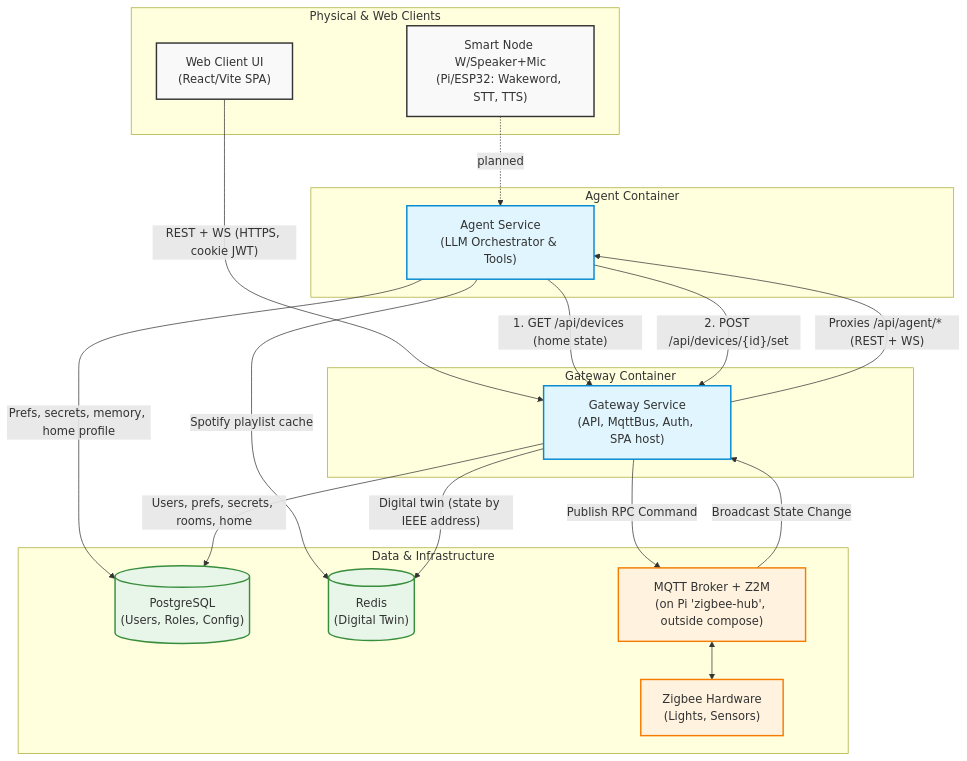
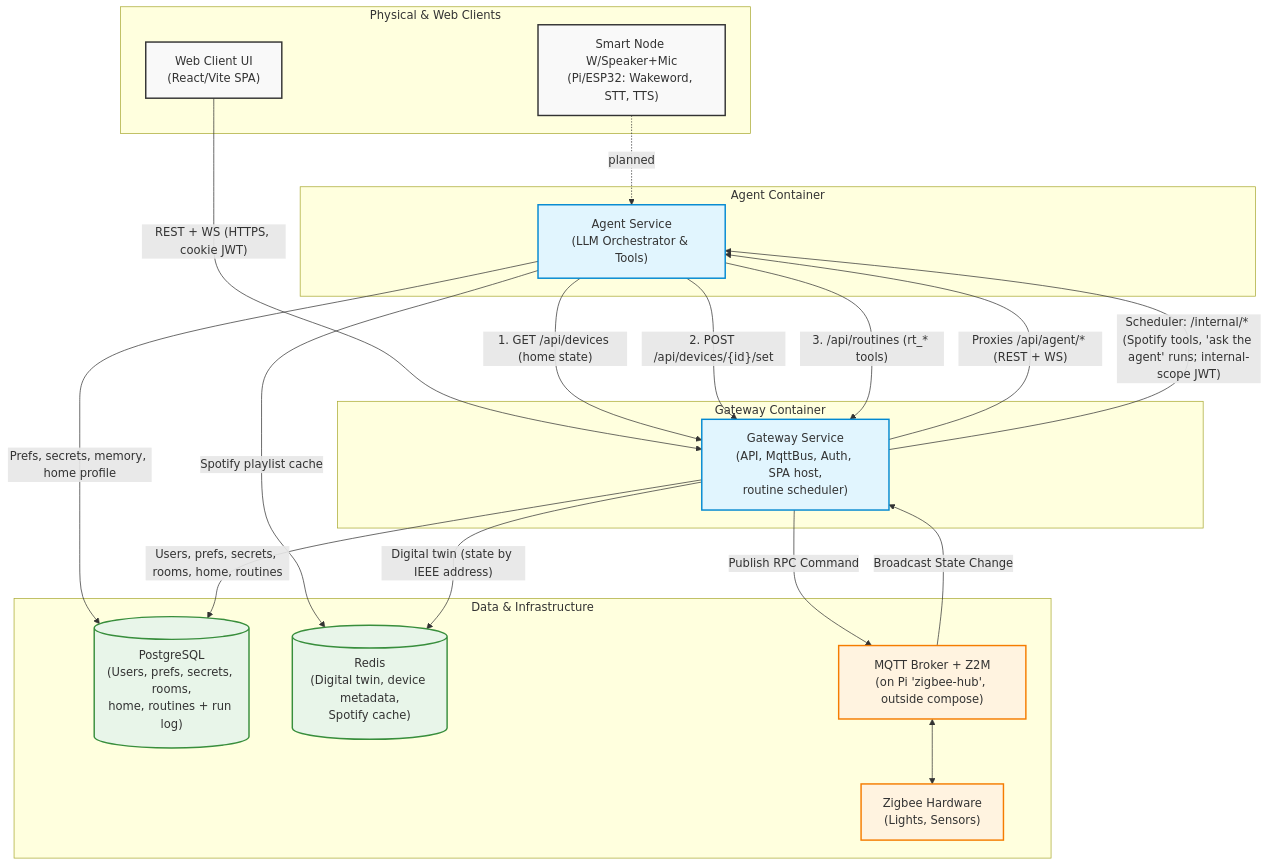
One commit to Aidanwa/smart-home-os changed the diagram in docs/architecture.md. Above: the diagram before and after it, drawn with Mermaid. The commit also changed 15 other files, not shown here.

First line of the commit message:
Docs: fold the routines design into CLAUDE.md, update roadmap/Pi/architecture/running notes, remove obsolete docs

````diff
--- a/docs/architecture.md
+++ b/docs/architecture.md
@@ -2,57 +2,59 @@
 ```mermaid
 flowchart TD
     %% Edge and UI
     subgraph Clients["Physical & Web Clients"]
         Edge["Smart Node W/Speaker+Mic<br/>(Pi/ESP32: Wakeword, STT, TTS)"]
         UI["Web Client UI<br/>(React/Vite SPA)"]
     end
 
     %% Agent Service
     subgraph AgentContainer["Agent Container"]
         Agent["Agent Service<br/>(LLM Orchestrator & Tools)"]
     end
 
     %% Gateway Service
     subgraph GatewayContainer["Gateway Container"]
-        Gateway["Gateway Service<br/>(API, MqttBus, Auth, SPA host)"]
+        Gateway["Gateway Service<br/>(API, MqttBus, Auth, SPA host,<br/>routine scheduler)"]
     end
 
     %% Data & Infra
     subgraph Infrastructure["Data & Infrastructure"]
-        Postgres[("PostgreSQL<br/>(Users, Roles, Config)")]
-        Redis[("Redis<br/>(Digital Twin)")]
+        Postgres[("PostgreSQL<br/>(Users, prefs, secrets, rooms,<br/>home, routines + run log)")]
+        Redis[("Redis<br/>(Digital twin, device metadata,<br/>Spotify cache)")]
         MQTT["MQTT Broker + Z2M<br/>(on Pi 'zigbee-hub', outside compose)"]
         Hardware["Zigbee Hardware<br/>(Lights, Sensors)"]
     end
 
     %% Flow: Edge/UI to Agent (edge node is planned, not built yet)
     Edge -. "planned" .-> Agent
     UI -- "REST + WS (HTTPS, cookie JWT)" --> Gateway
     Gateway -- "Proxies /api/agent/* (REST + WS)" --> Agent
+    Gateway -- "Scheduler: /internal/* (Spotify tools, 'ask the agent' runs; internal-scope JWT)" --> Agent
 
     %% Flow: Agent to Gateway (agent mints a short-lived JWT for the user)
     Agent -- "1. GET /api/devices (home state)" --> Gateway
     Agent -- "2. POST /api/devices/{id}/set" --> Gateway
+    Agent -- "3. /api/routines (rt_* tools)" --> Gateway
     Agent -- "Prefs, secrets, memory, home profile" --> Postgres
     Agent -- "Spotify playlist cache" --> Redis
 
     %% Flow: Gateway to Data
-    Gateway -- "Users, prefs, secrets, rooms, home" --> Postgres
+    Gateway -- "Users, prefs, secrets, rooms, home, routines" --> Postgres
     Gateway -- "Digital twin (state by IEEE address)" --> Redis
 
     %% Flow: Gateway to Hardware
     Gateway -- "Publish RPC Command" --> MQTT
     MQTT -- "Broadcast State Change" --> Gateway
     MQTT <--> Hardware
 
     %% Styling
     classDef client fill:#f9f9f9,stroke:#333,stroke-width:2px;
     classDef service fill:#e1f5fe,stroke:#0288d1,stroke-width:2px;
     classDef db fill:#e8f5e9,stroke:#388e3c,stroke-width:2px;
     classDef broker fill:#fff3e0,stroke:#f57c00,stroke-width:2px;
     
     class Edge,UI client;
     class Agent,Gateway service;
     class Postgres,Redis db;
     class MQTT,Hardware broker;
 ```
````
